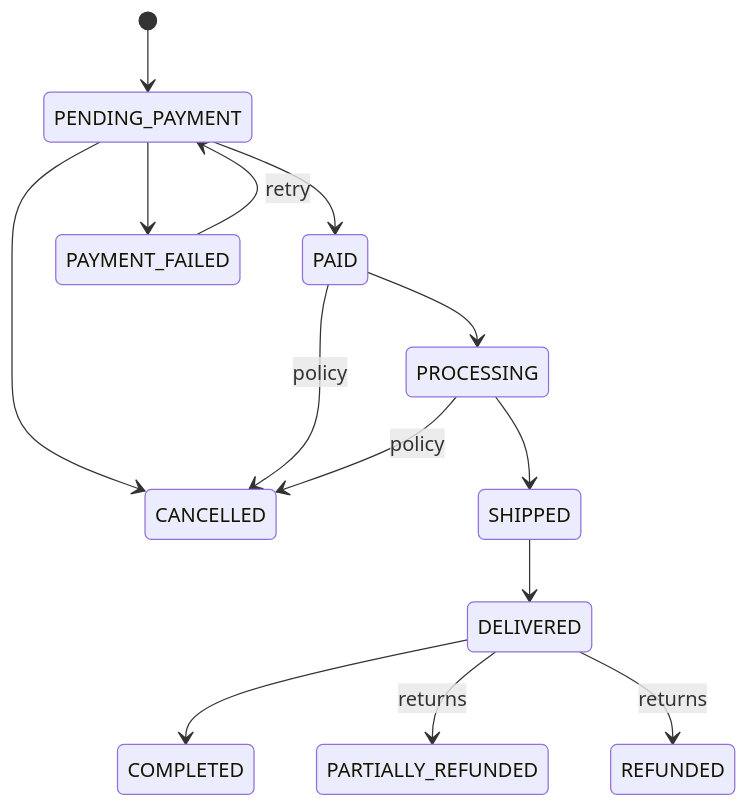
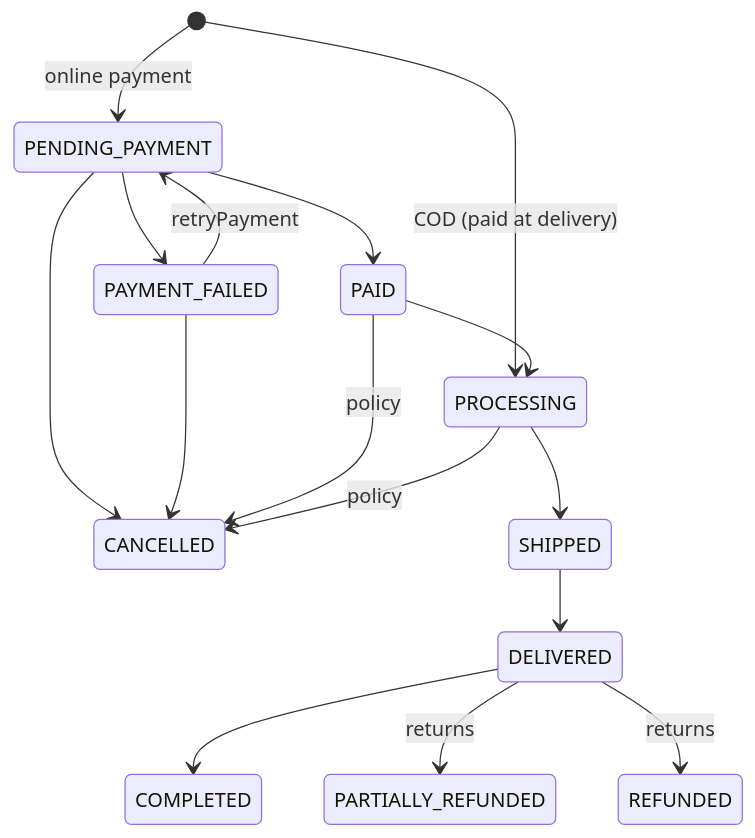
The first of 2 diagrams in docs/workflows/order-lifecycle.md (ntxinh/ecommerce), drawn with Mermaid before and after one commit. The commit also changed other lines of this file and 9 other files, not shown here.

````diff
--- a/docs/workflows/order-lifecycle.md
+++ b/docs/workflows/order-lifecycle.md
@@ -6,16 +10,18 @@
 ```mermaid
 stateDiagram-v2
-  [*] --> PENDING_PAYMENT
+  [*] --> PENDING_PAYMENT: online payment
+  [*] --> PROCESSING: COD (paid at delivery)
   PENDING_PAYMENT --> PAID
   PENDING_PAYMENT --> PAYMENT_FAILED
-  PAYMENT_FAILED --> PENDING_PAYMENT: retry
   PENDING_PAYMENT --> CANCELLED
+  PAYMENT_FAILED --> PENDING_PAYMENT: retryPayment
+  PAYMENT_FAILED --> CANCELLED
   PAID --> PROCESSING
   PAID --> CANCELLED: policy
   PROCESSING --> SHIPPED
   PROCESSING --> CANCELLED: policy
   SHIPPED --> DELIVERED
   DELIVERED --> COMPLETED
   DELIVERED --> PARTIALLY_REFUNDED: returns
   DELIVERED --> REFUNDED: returns
 ```
````
